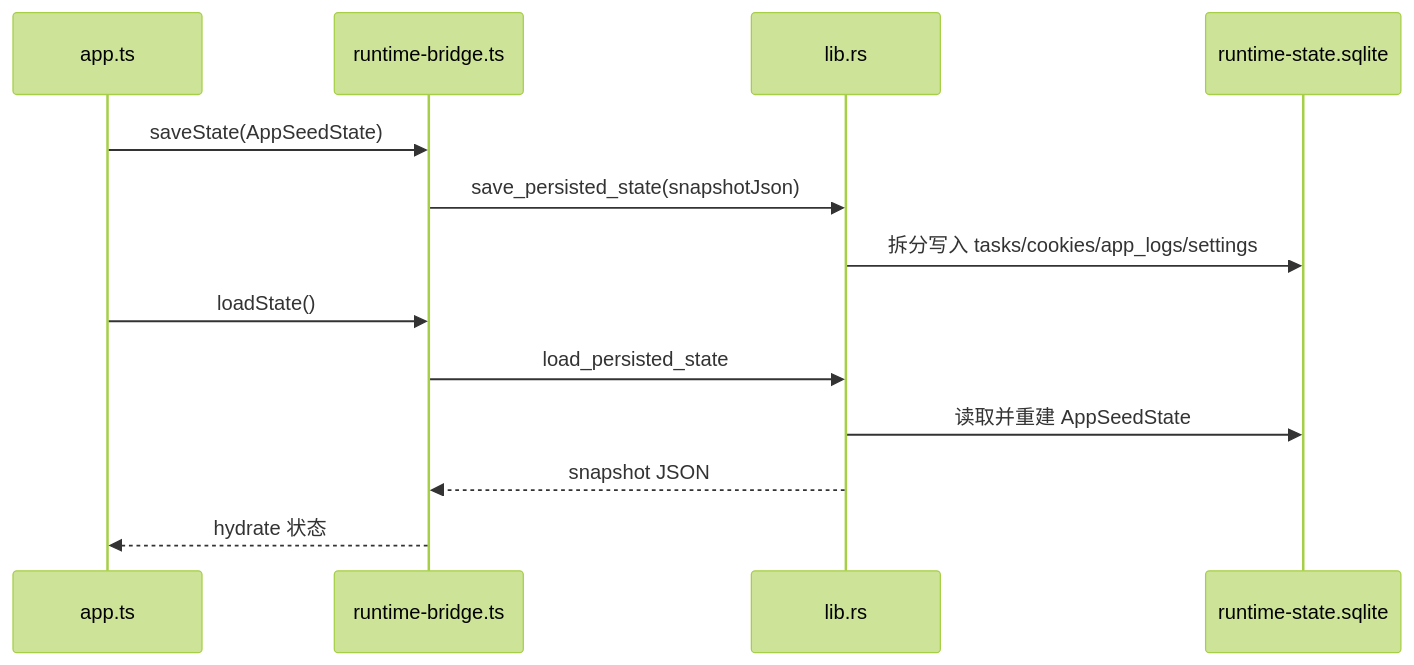
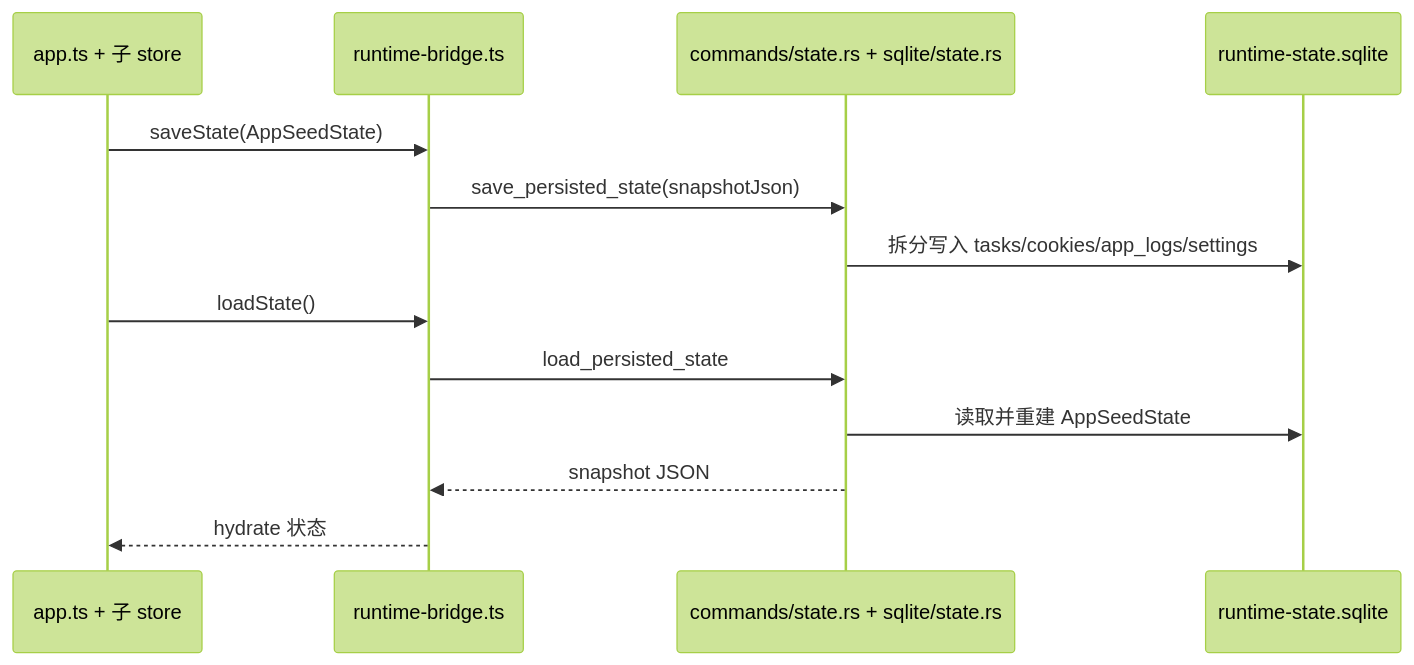
One commit to vdbvxcbcb/movie-cover-downloader changed the seventh of 9 diagrams in docs/ai-context/runtime-flows.md. Above: the diagram before and after it, drawn with Mermaid (forest theme). The commit also changed other lines of this file and 7 other files, not shown here.

````diff
--- a/docs/ai-context/runtime-flows.md
+++ b/docs/ai-context/runtime-flows.md
@@ -213,16 +229,16 @@
 ```mermaid
 sequenceDiagram
-  participant Store as app.ts
+  participant Store as app.ts + 子 store
   participant Bridge as runtime-bridge.ts
-  participant Tauri as lib.rs
+  participant Tauri as commands/state.rs + sqlite/state.rs
   participant SQLite as runtime-state.sqlite
 
   Store->>Bridge: saveState(AppSeedState)
   Bridge->>Tauri: save_persisted_state(snapshotJson)
   Tauri->>SQLite: 拆分写入 tasks/cookies/app_logs/settings
   Store->>Bridge: loadState()
   Bridge->>Tauri: load_persisted_state
   Tauri->>SQLite: 读取并重建 AppSeedState
   Tauri-->>Bridge: snapshot JSON
   Bridge-->>Store: hydrate 状态
 ```
````
